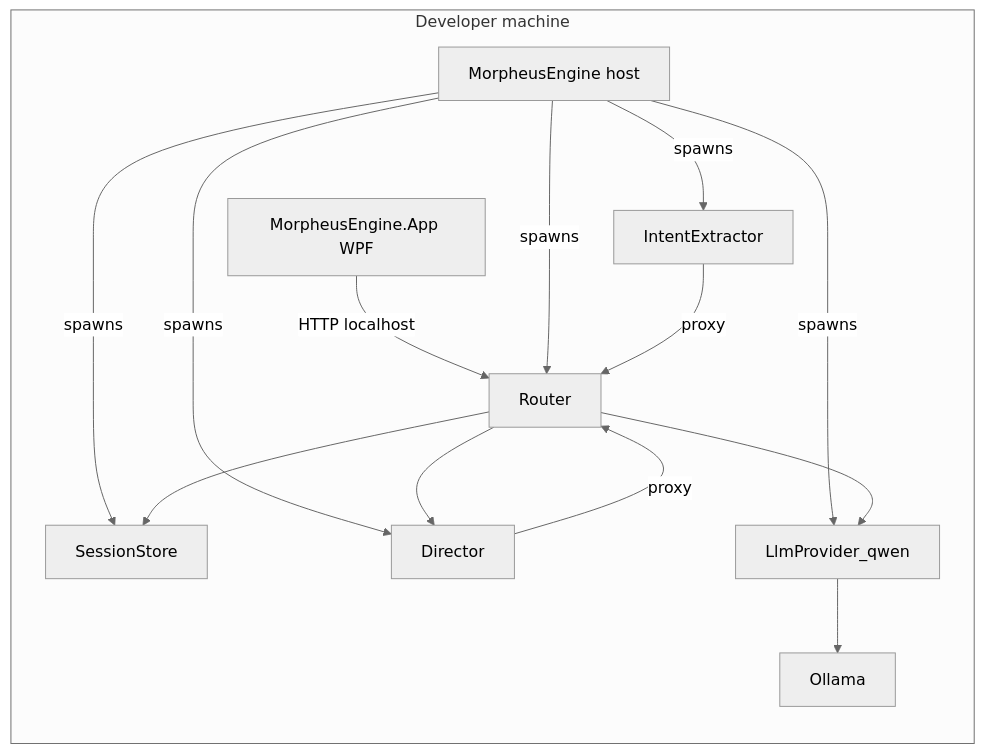
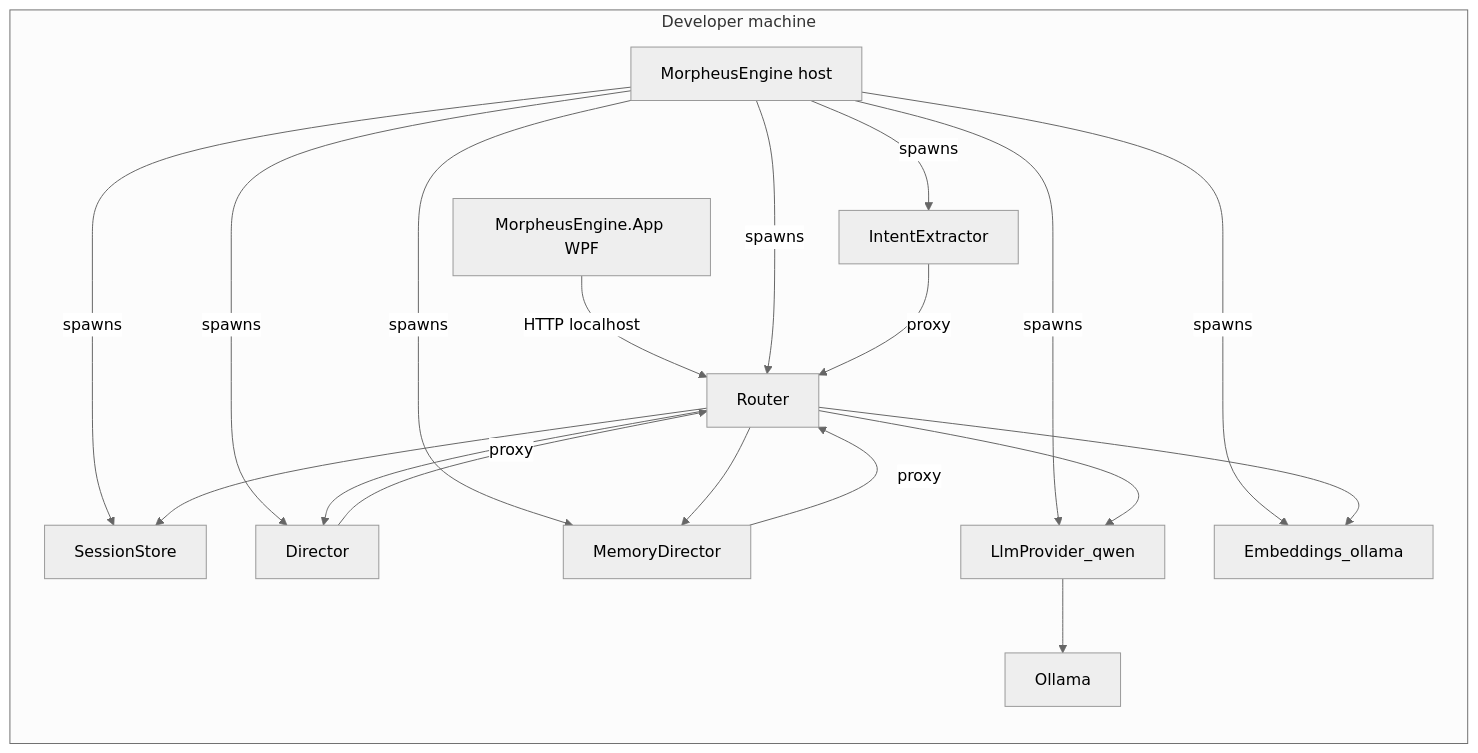
The diagram in docs/Architecture_Overview.md (LoshkinOleg/MorpheusEngine), drawn with Mermaid (neutral theme) before and after one commit. The commit also changed other lines of this file and 20 other files, not shown here.

Commit message:
working on fixing memory director

````diff
--- a/docs/Architecture_Overview.md
+++ b/docs/Architecture_Overview.md
@@ -7,24 +9,31 @@
 ```mermaid
 flowchart LR
   subgraph host [Developer machine]
     UI[MorpheusEngine.App WPF]
     Eng[MorpheusEngine host]
     R[Router]
     SS[SessionStore]
     Dir[Director]
+    MDir[MemoryDirector]
     IE[IntentExtractor]
     Qwen[LlmProvider_qwen]
+    Emb[Embeddings_ollama]
     UI -->|HTTP localhost| R
     Eng -->|spawns| R
     Eng -->|spawns| SS
     Eng -->|spawns| Dir
+    Eng -->|spawns| MDir
     Eng -->|spawns| IE
     Eng -->|spawns| Qwen
+    Eng -->|spawns| Emb
     R --> SS
     R --> Dir
+    R --> MDir
     R --> Qwen
+    R --> Emb
     Dir -->|proxy| R
+    MDir -->|proxy| R
     IE -->|proxy| R
     Qwen --> Ollama[Ollama]
   end
 ```
````
